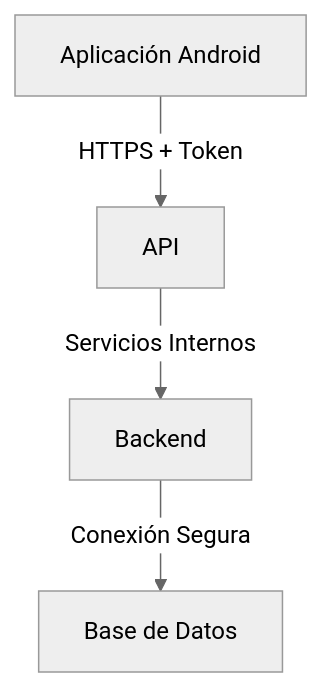
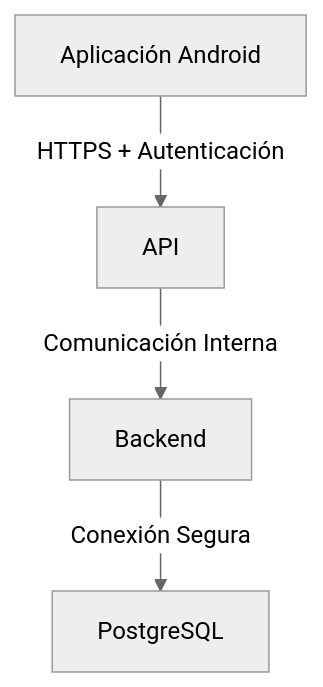
The fourth of 5 diagrams in docs/080_Despliegue.md (chirijose79-ui/Chiri), drawn with Mermaid (neutral theme) before and after one commit. The commit also changed other lines of this file, not shown here.

````diff
--- a/docs/080_Despliegue.md
+++ b/docs/080_Despliegue.md
@@ -188,11 +245,12 @@
 ```mermaid
 flowchart TD
-    Android -->|HTTPS + Token| API
-    API -->|Servicios Internos| Backend
-    Backend -->|Conexión Segura| BaseDatos
+
+    Android -->|HTTPS + Autenticación| API
+    API -->|Comunicación Interna| Backend
+    Backend -->|Conexión Segura| PostgreSQL
 
     Android["Aplicación Android"]
     API["API"]
     Backend["Backend"]
-    BaseDatos["Base de Datos"]
+    PostgreSQL["PostgreSQL"]
 ```
````
